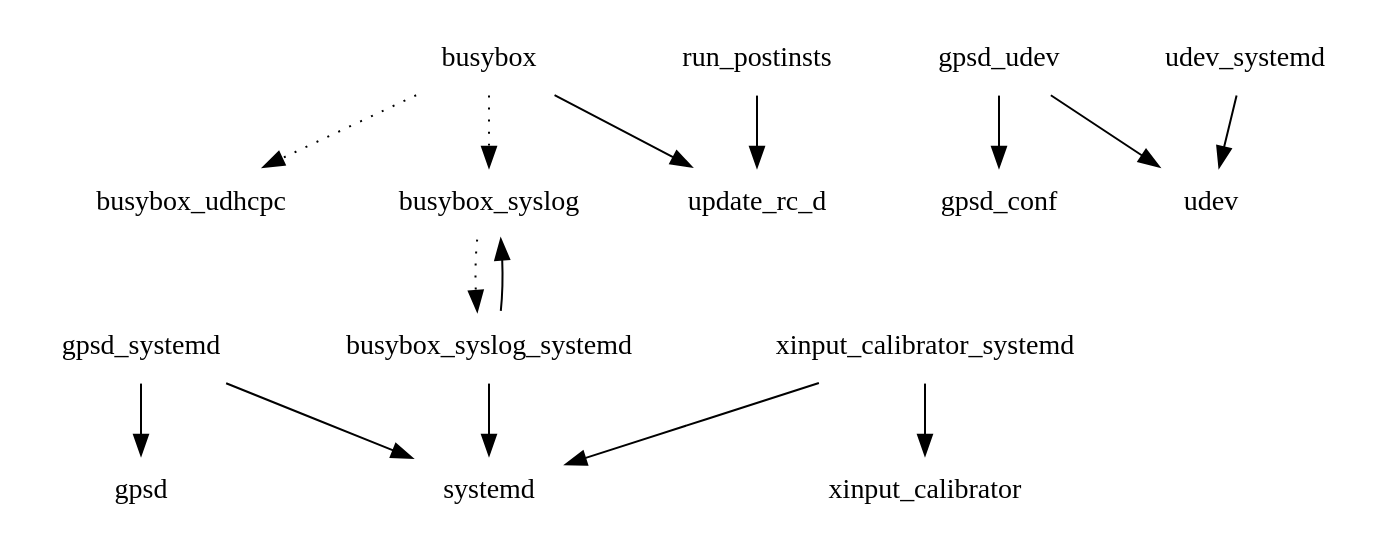
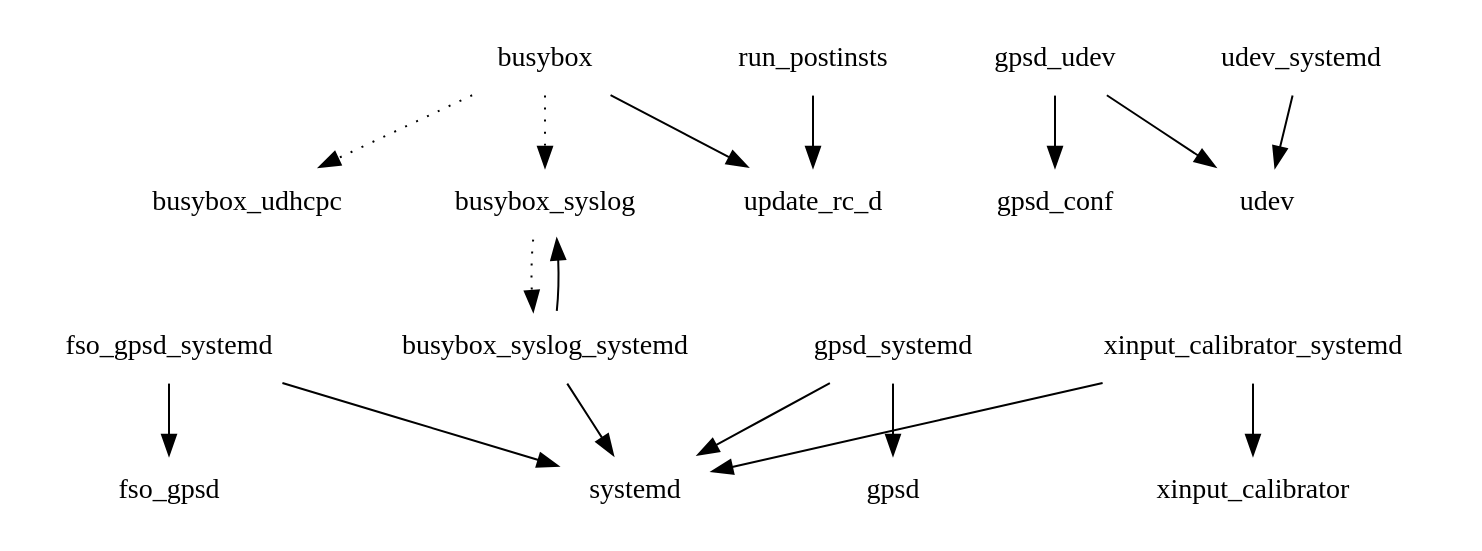
One commit to shr-distribution/buildhistory-old changed the diagram in images/crespo/eglibc/chroot-image/depends-nokernel-nolibc.dot. Above: the diagram before and after it, drawn with Graphviz. The commit also changed 10 other files, not shown here.

```diff
--- a/images/crespo/eglibc/chroot-image/depends-nokernel-nolibc.dot
+++ b/images/crespo/eglibc/chroot-image/depends-nokernel-nolibc.dot
@@ -1,17 +1,19 @@
 digraph depends {
     node [shape=plaintext]
 busybox -> busybox_syslog [style=dotted];
 busybox -> busybox_udhcpc [style=dotted];
 busybox -> update_rc_d;
 busybox_syslog -> busybox_syslog_systemd [style=dotted];
 busybox_syslog_systemd -> busybox_syslog;
 busybox_syslog_systemd -> systemd;
+fso_gpsd_systemd -> fso_gpsd;
+fso_gpsd_systemd -> systemd;
 gpsd_systemd -> gpsd;
 gpsd_systemd -> systemd;
 gpsd_udev -> gpsd_conf;
 gpsd_udev -> udev;
 run_postinsts -> update_rc_d;
 udev_systemd -> udev;
 xinput_calibrator_systemd -> systemd;
 xinput_calibrator_systemd -> xinput_calibrator;
 }
```
